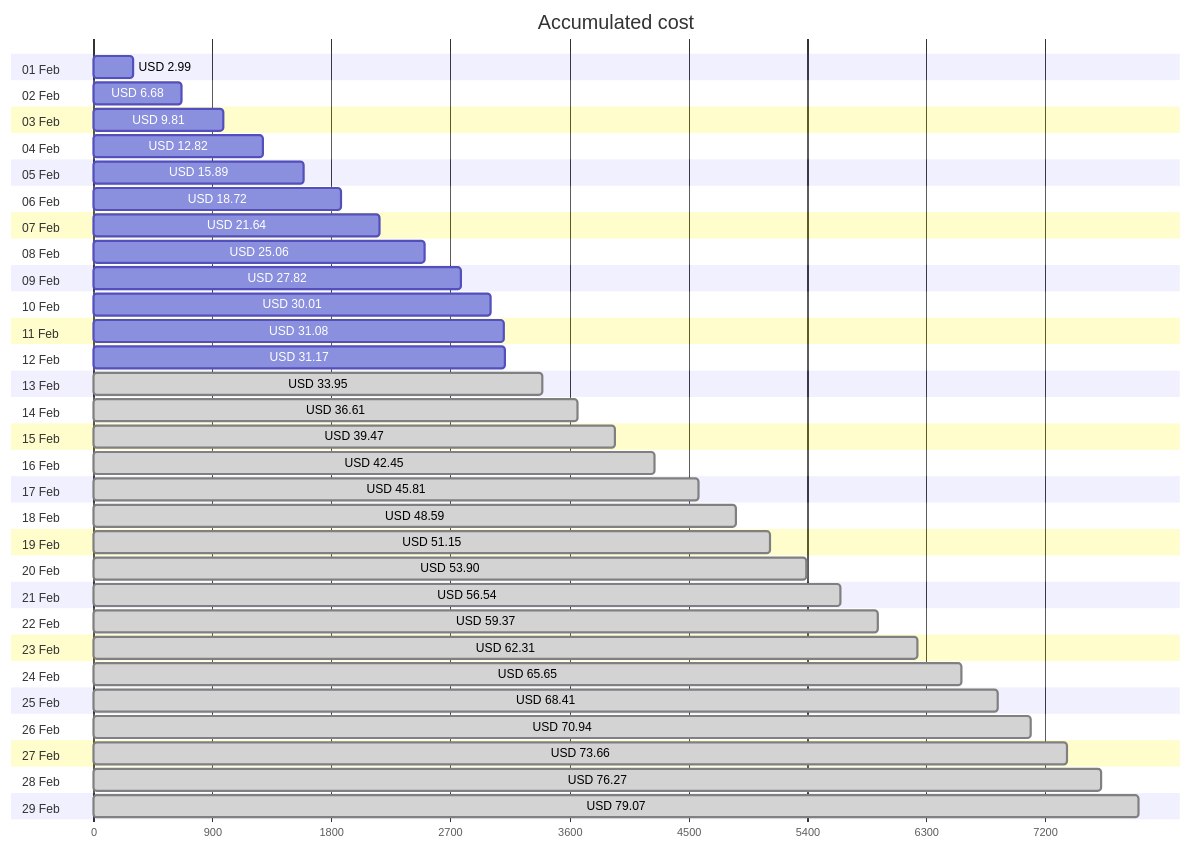
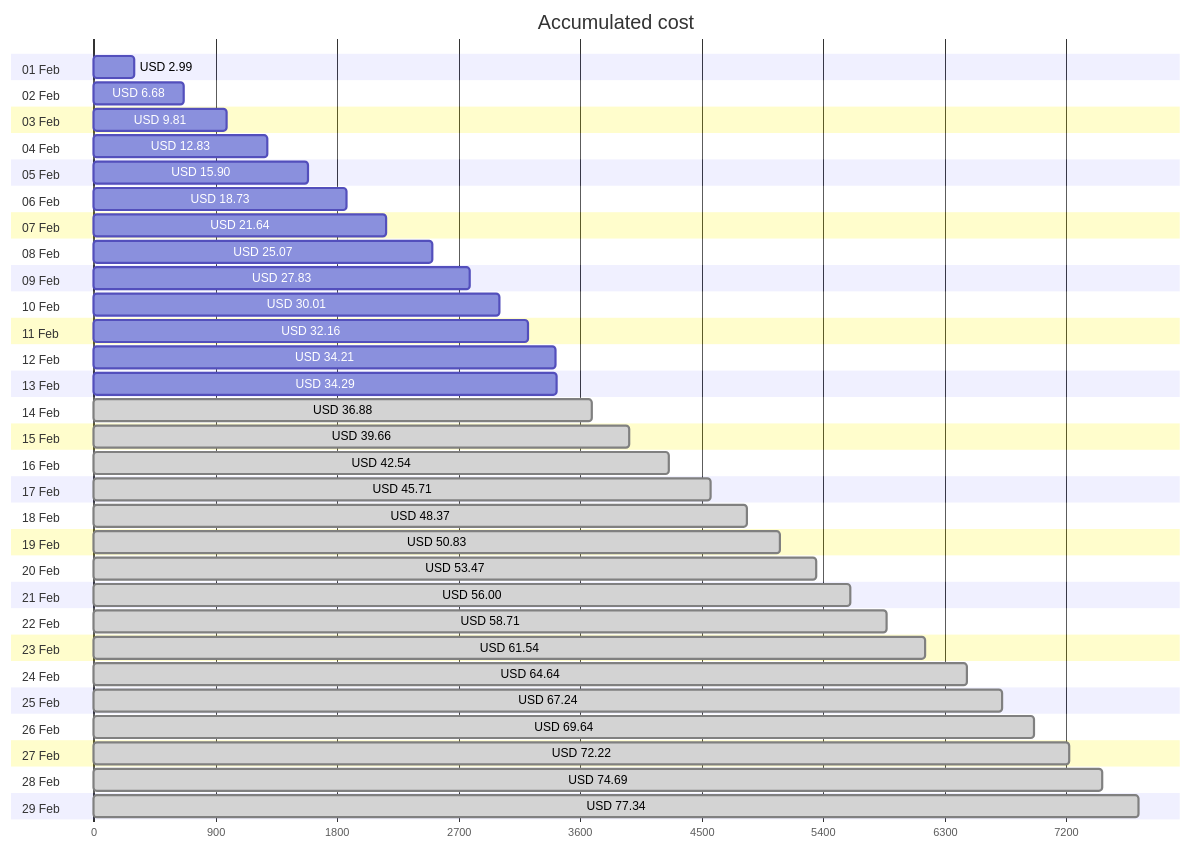
The first of 4 diagrams in cost-reports/accumulated-cost.md (jpfulton/azure-personal-reports), drawn with Mermaid before and after one commit. The commit also changed other lines of this file and 4 other files, not shown here.

````diff
--- a/cost-reports/accumulated-cost.md
+++ b/cost-reports/accumulated-cost.md
@@ -20,64 +20,64 @@
 ```mermaid
 gantt
    title Accumulated cost
    dateFormat  X
    axisFormat %s
    section 01 Feb
    USD 2.99 :0, 299
    section 02 Feb
    USD 6.68 :0, 668
    section 03 Feb
    USD 9.81 :0, 981
    section 04 Feb
-   USD 12.82 :0, 1282
+   USD 12.83 :0, 1283
    section 05 Feb
-   USD 15.89 :0, 1589
+   USD 15.90 :0, 1590
    section 06 Feb
-   USD 18.72 :0, 1872
+   USD 18.73 :0, 1873
    section 07 Feb
    USD 21.64 :0, 2164
    section 08 Feb
-   USD 25.06 :0, 2506
+   USD 25.07 :0, 2507
    section 09 Feb
-   USD 27.82 :0, 2782
+   USD 27.83 :0, 2783
    section 10 Feb
    USD 30.01 :0, 3001
    section 11 Feb
-   USD 31.08 :0, 3108
+   USD 32.16 :0, 3216
    section 12 Feb
-   USD 31.17 :0, 3117
+   USD 34.21 :0, 3421
    section 13 Feb
-   USD 33.95 : done, 0, 3395
+   USD 34.29 :0, 3429
    section 14 Feb
-   USD 36.61 : done, 0, 3661
+   USD 36.88 : done, 0, 3688
    section 15 Feb
-   USD 39.47 : done, 0, 3947
+   USD 39.66 : done, 0, 3966
    section 16 Feb
-   USD 42.45 : done, 0, 4245
+   USD 42.54 : done, 0, 4254
    section 17 Feb
-   USD 45.81 : done, 0, 4581
+   USD 45.71 : done, 0, 4571
    section 18 Feb
-   USD 48.59 : done, 0, 4859
+   USD 48.37 : done, 0, 4837
    section 19 Feb
-   USD 51.15 : done, 0, 5115
+   USD 50.83 : done, 0, 5083
    section 20 Feb
-   USD 53.90 : done, 0, 5390
+   USD 53.47 : done, 0, 5347
    section 21 Feb
-   USD 56.54 : done, 0, 5654
+   USD 56.00 : done, 0, 5600
    section 22 Feb
-   USD 59.37 : done, 0, 5937
+   USD 58.71 : done, 0, 5871
    section 23 Feb
-   USD 62.31 : done, 0, 6231
+   USD 61.54 : done, 0, 6154
    section 24 Feb
-   USD 65.65 : done, 0, 6565
+   USD 64.64 : done, 0, 6464
    section 25 Feb
-   USD 68.41 : done, 0, 6841
+   USD 67.24 : done, 0, 6724
    section 26 Feb
-   USD 70.94 : done, 0, 7094
+   USD 69.64 : done, 0, 6964
    section 27 Feb
-   USD 73.66 : done, 0, 7366
+   USD 72.22 : done, 0, 7222
    section 28 Feb
-   USD 76.27 : done, 0, 7627
+   USD 74.69 : done, 0, 7469
    section 29 Feb
-   USD 79.07 : done, 0, 7907
+   USD 77.34 : done, 0, 7734
 ```
````
